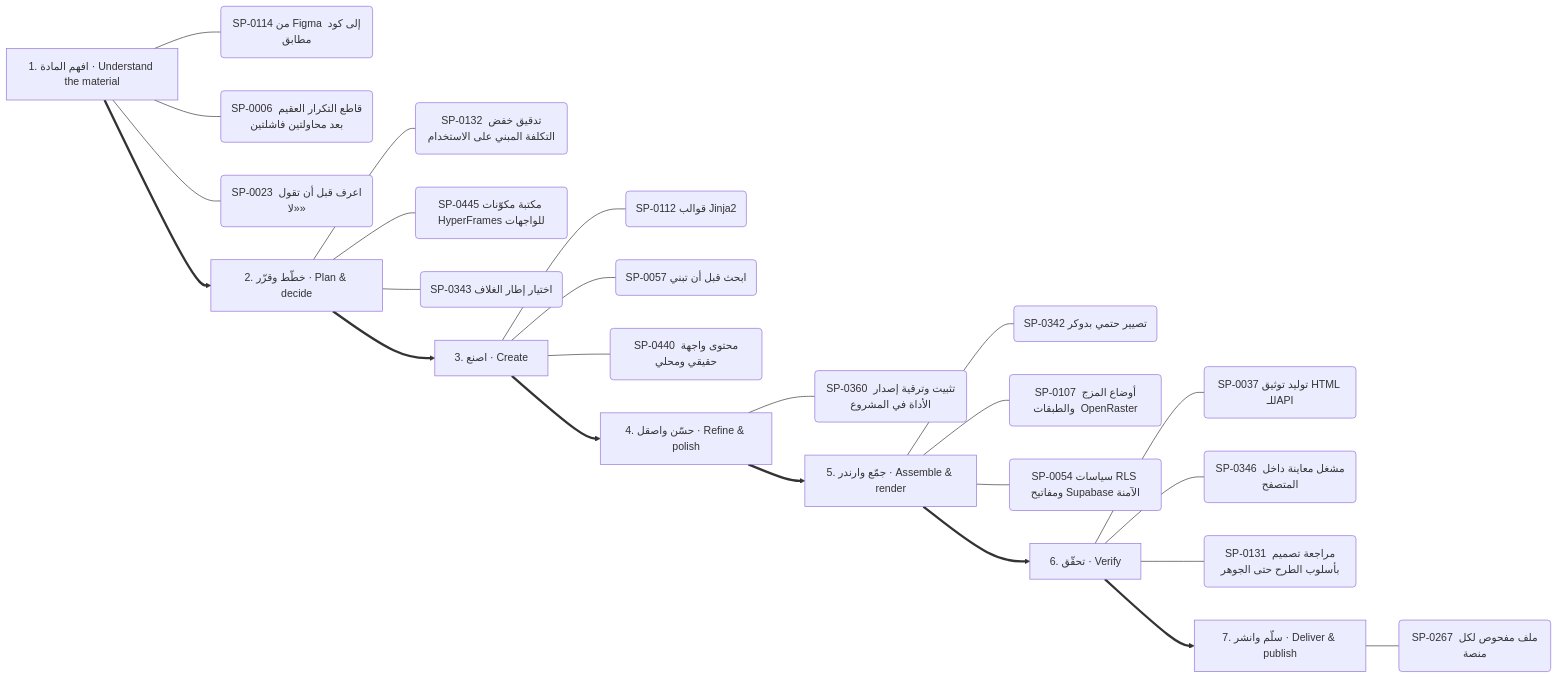
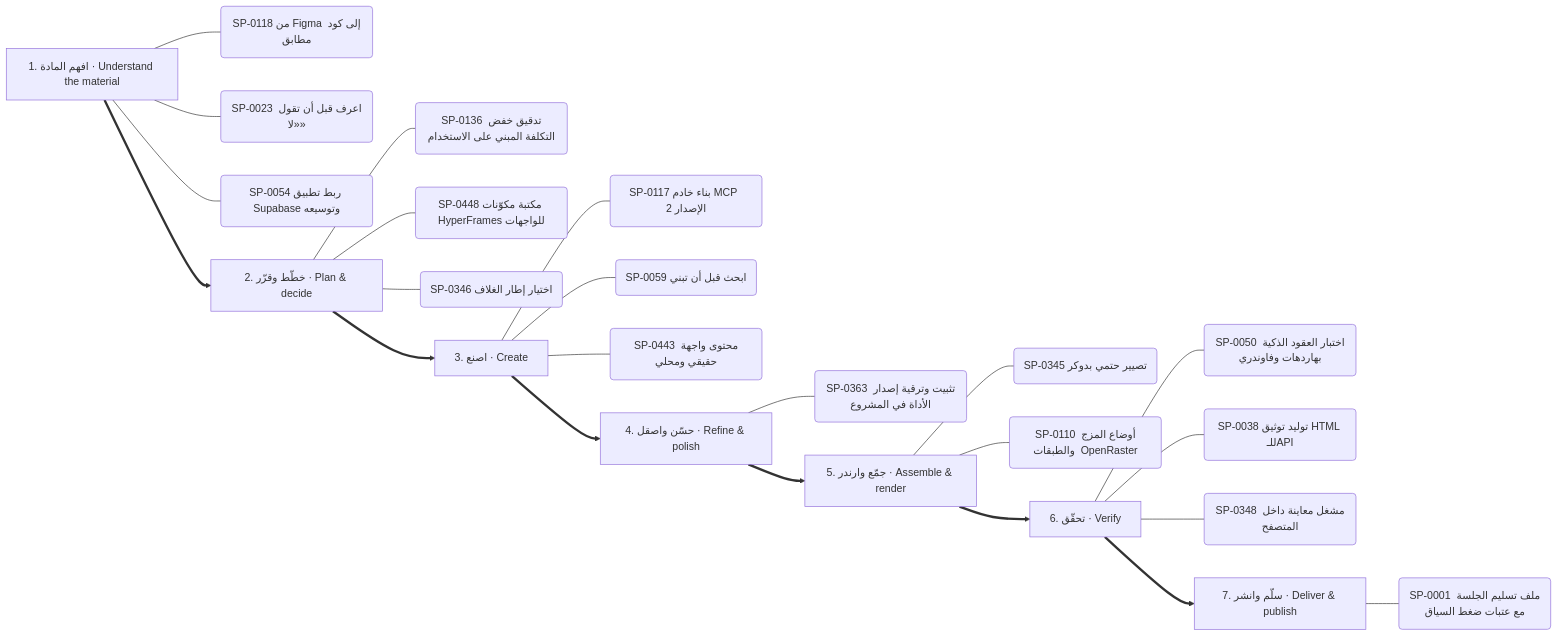
The ninth of 13 diagrams in .claude/skills/kosif-superpowers/references/capability-mindmap.md (kosif199022-jpg/kosif-tool), drawn with Mermaid before and after one commit. The commit also changed other lines of this file and 61 other files, not shown here.

````diff
--- a/.claude/skills/kosif-superpowers/references/capability-mindmap.md
+++ b/.claude/skills/kosif-superpowers/references/capability-mindmap.md
@@ -455,33 +456,32 @@
 ```mermaid
 flowchart LR
   S0["1. افهم المادة · Understand the material"]
-  S0 --- S0_0("SP-0114 من Figma إلى كود مطابق")
-  S0 --- S0_1("SP-0006 قاطع التكرار العقيم بعد محاولتين فاشلتين")
-  S0 --- S0_2("SP-0023 اعرف قبل أن تقول «لا»")
+  S0 --- S0_0("SP-0118 من Figma إلى كود مطابق")
+  S0 --- S0_1("SP-0023 اعرف قبل أن تقول «لا»")
+  S0 --- S0_2("SP-0054 ربط تطبيق Supabase وتوسيعه")
   S1["2. خطّط وقرّر · Plan & decide"]
-  S1 --- S1_0("SP-0132 تدقيق خفض التكلفة المبني على الاستخدام")
-  S1 --- S1_1("SP-0445 مكتبة مكوّنات HyperFrames للواجهات")
-  S1 --- S1_2("SP-0343 اختيار إطار الغلاف")
+  S1 --- S1_0("SP-0136 تدقيق خفض التكلفة المبني على الاستخدام")
+  S1 --- S1_1("SP-0448 مكتبة مكوّنات HyperFrames للواجهات")
+  S1 --- S1_2("SP-0346 اختيار إطار الغلاف")
   S0 ==> S1
   S2["3. اصنع · Create"]
-  S2 --- S2_0("SP-0112 قوالب Jinja2")
-  S2 --- S2_1("SP-0057 ابحث قبل أن تبني")
-  S2 --- S2_2("SP-0440 محتوى واجهة حقيقي ومحلي")
+  S2 --- S2_0("SP-0117 بناء خادم MCP  الإصدار 2 ")
+  S2 --- S2_1("SP-0059 ابحث قبل أن تبني")
+  S2 --- S2_2("SP-0443 محتوى واجهة حقيقي ومحلي")
   S1 ==> S2
   S3["4. حسّن واصقل · Refine & polish"]
-  S3 --- S3_0("SP-0360 تثبيت وترقية إصدار الأداة في المشروع")
+  S3 --- S3_0("SP-0363 تثبيت وترقية إصدار الأداة في المشروع")
   S2 ==> S3
   S4["5. جمّع وارندر · Assemble & render"]
-  S4 --- S4_0("SP-0342 تصيير حتمي بدوكر")
-  S4 --- S4_1("SP-0107 أوضاع المزج والطبقات  OpenRaster ")
-  S4 --- S4_2("SP-0054 سياسات RLS ومفاتيح Supabase الآمنة")
+  S4 --- S4_0("SP-0345 تصيير حتمي بدوكر")
+  S4 --- S4_1("SP-0110 أوضاع المزج والطبقات  OpenRaster ")
   S3 ==> S4
   S5["6. تحقّق · Verify"]
-  S5 --- S5_0("SP-0037 توليد توثيق HTML للـAPI")
-  S5 --- S5_1("SP-0346 مشغل معاينة داخل المتصفح")
-  S5 --- S5_2("SP-0131 مراجعة تصميم بأسلوب الطرح حتى الجوهر")
+  S5 --- S5_0("SP-0050 اختبار العقود الذكية بهاردهات وفاوندري")
+  S5 --- S5_1("SP-0038 توليد توثيق HTML للـAPI")
+  S5 --- S5_2("SP-0348 مشغل معاينة داخل المتصفح")
   S4 ==> S5
   S6["7. سلّم وانشر · Deliver & publish"]
-  S6 --- S6_0("SP-0267 ملف مفحوص لكل منصة")
+  S6 --- S6_0("SP-0001 ملف تسليم الجلسة مع عتبات ضغط السياق")
   S5 ==> S6
 ```
````
